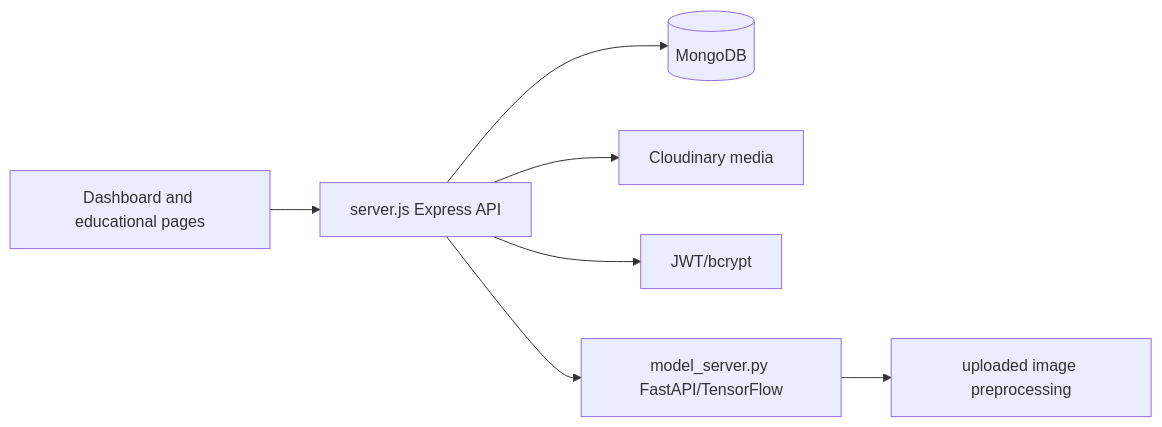
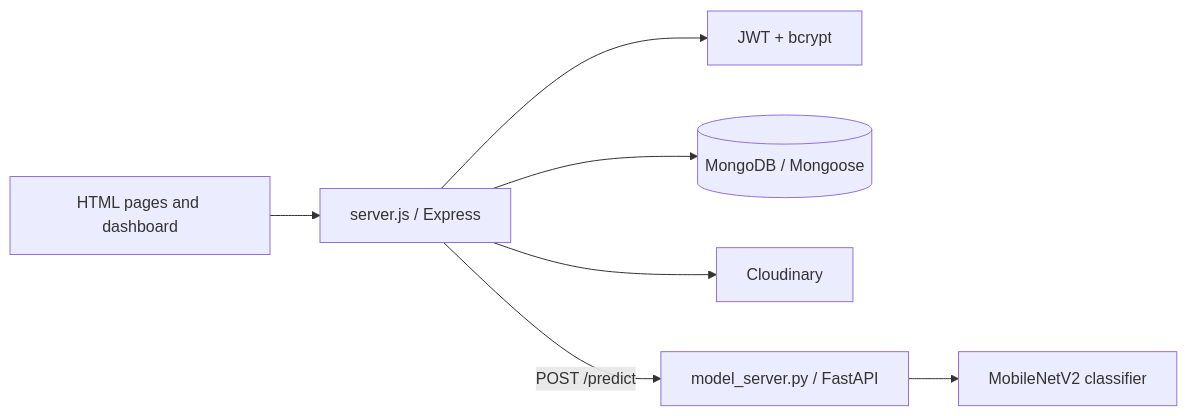
Before and after one commit to Majenayu/NITK2025: the diagram in README.md, drawn with Mermaid. The commit also changed other lines of this file, not shown here.

````diff
--- a/README.md
+++ b/README.md
@@ -7,9 +7,9 @@
 ```mermaid
 flowchart LR
-  Browser[Dashboard and educational pages] --> Node[server.js Express API]
-  Node --> Mongo[(MongoDB)]
-  Node --> Cloudinary[Cloudinary media]
-  Node --> Auth[JWT/bcrypt]
-  Node --> Model[model_server.py FastAPI/TensorFlow]
-  Model --> Images[uploaded image preprocessing]
+  UI[HTML pages and dashboard] --> Node[server.js / Express]
+  Node --> Auth[JWT + bcrypt]
+  Node --> Mongo[(MongoDB / Mongoose)]
+  Node --> Media[Cloudinary]
+  Node -->|POST /predict| Model[model_server.py / FastAPI]
+  Model --> ML[MobileNetV2 classifier]
 ```
````
